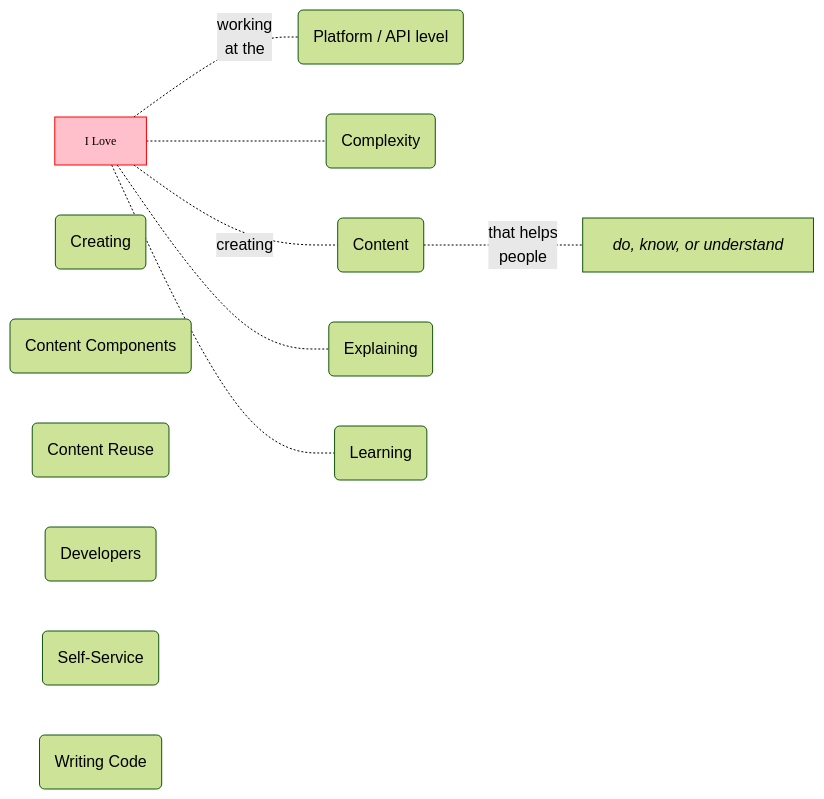
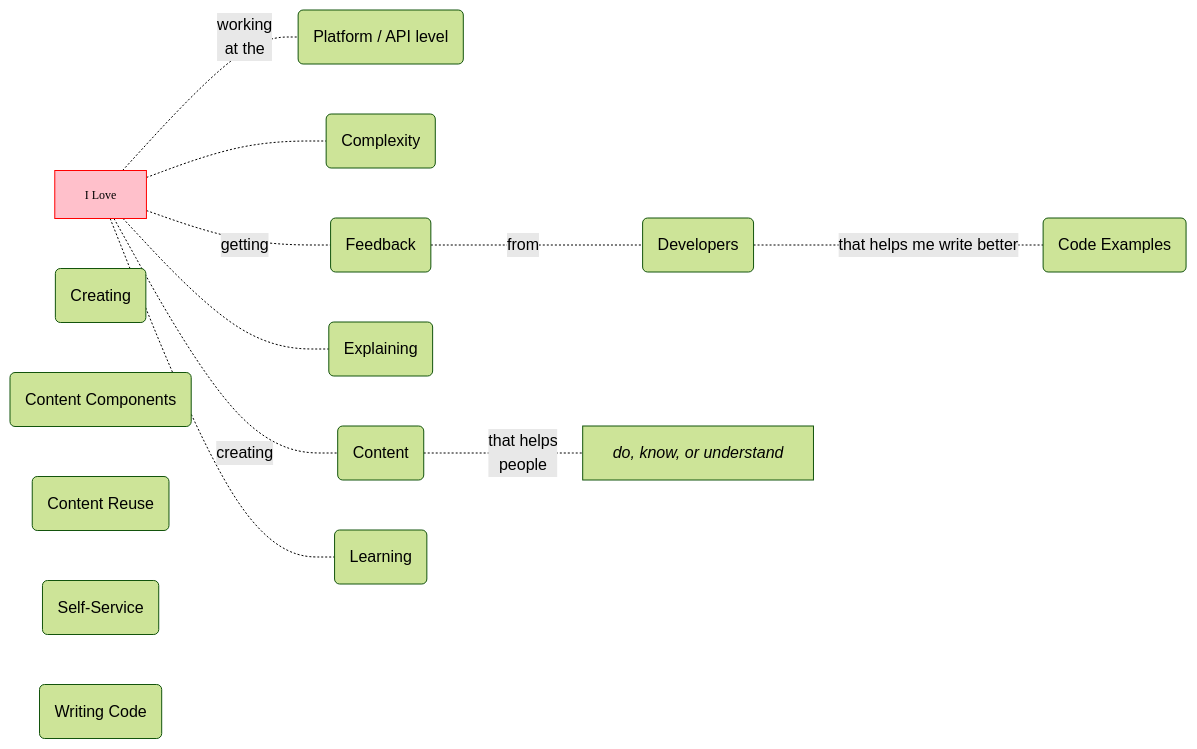
The diagram in overview.md (joe-dorward/samples), drawn with Mermaid before and after one commit.

````diff
--- a/overview.md
+++ b/overview.md
@@ -1,41 +1,49 @@
 ```mermaid
 %%{init: { "theme":"forest"} }%%
 flowchart LR
   classDef Compact font-family:verdana, font-size:7.5pt, text-align:left;
   classDef Variables fill:white, stroke:white, font-family:courier new, font-size:10pt;
   classDef Object fill:white, stroke:white, font-family:verdana, font-size:9pt;
 
   classDef Start fill:pink, stroke:red, font-family:verdana, font-size:9pt;
 
 I_LOVE["I Love"]:::Start
 
 PLATFORM_API("Platform / API level")
 
+CODE_EXAMPLES("Code Examples")
+
 COMPLEXITY("Complexity")
 CREATING("Creating")
 CONTENT("Content")
 CONTENT_COMPONENTS("Content Components")
 CONTENT_REUSE("Content Reuse")
 
 DEVELOPERS("Developers")
 EXPLAINING("Explaining")
+
+FEEDBACK("Feedback")
+
 LEARNING("Learning")
 SELF_SERVICE("Self-Service")
 
 DO_KNOW_UNDERSTAND["`*do, know, or understand*`"]
 style DO_KNOW_UNDERSTAND text-align:left
 
 WRITING_CODE("Writing Code")
 
 %% CONNECTIONS
 
 I_LOVE-."working
 at the".-PLATFORM_API
 
 I_LOVE-.-COMPLEXITY
 I_LOVE-.-LEARNING
 I_LOVE-.-EXPLAINING
 
 I_LOVE-.creating.-CONTENT-."that helps
 people".-DO_KNOW_UNDERSTAND
+
+I_LOVE-.getting.-FEEDBACK-.from.-DEVELOPERS-.that helps me write better.-CODE_EXAMPLES
+
 ```
````
